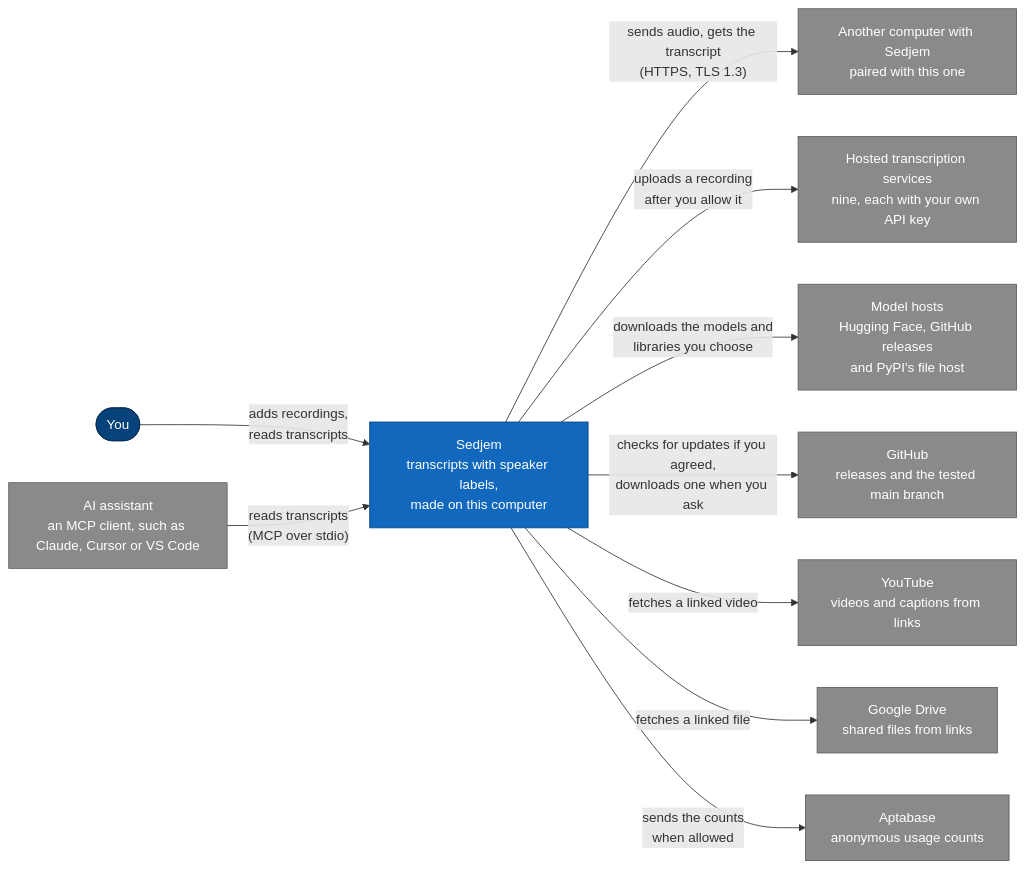
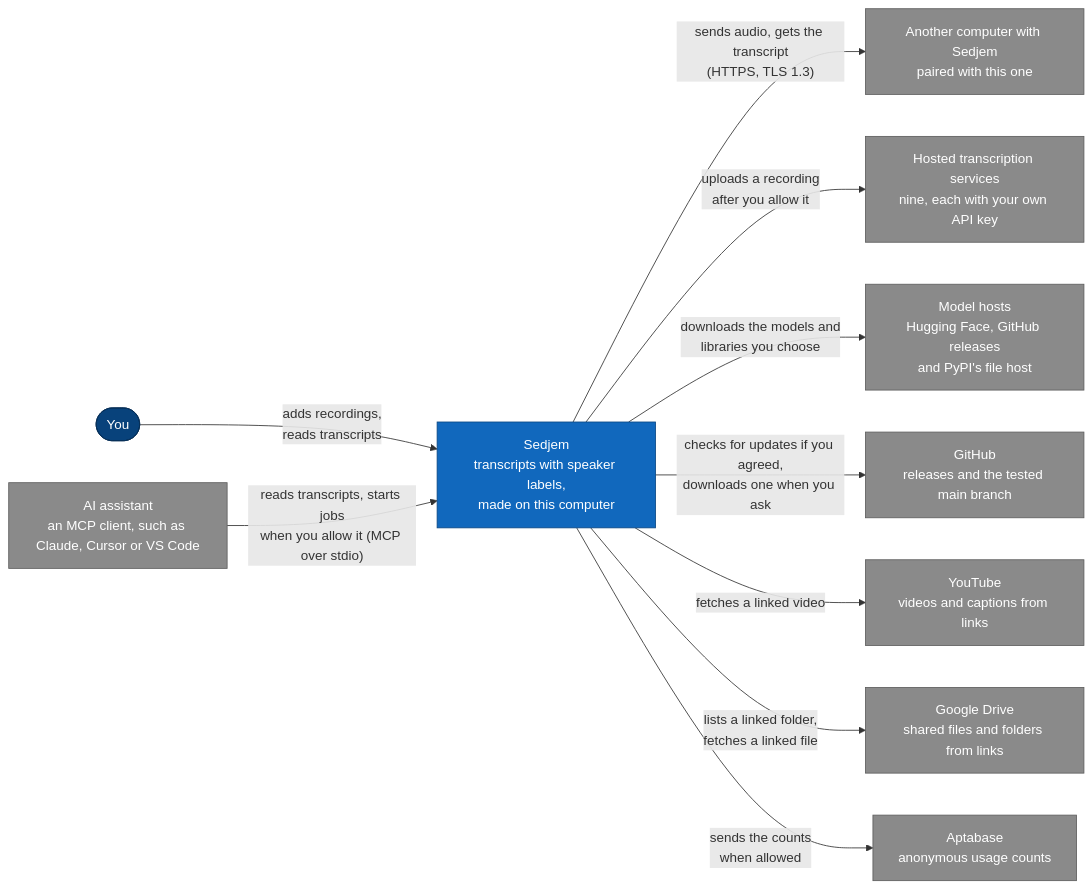
One commit to MohammedEl-sayedAhmed/sedjem changed the first of 3 diagrams in docs/16-architecture.md. Above: the diagram before and after it, drawn with Mermaid. The commit also changed other lines of this file and 44 other files, not shown here.

````diff
--- a/docs/16-architecture.md
+++ b/docs/16-architecture.md
@@ -13,30 +14,30 @@
 ```mermaid
 flowchart LR
   you(["You"])
   assistant["AI assistant<br/>an MCP client, such as Claude, Cursor or VS Code"]
   sedjem["Sedjem<br/>transcripts with speaker labels,<br/>made on this computer"]
   other["Another computer with Sedjem<br/>paired with this one"]
   hosted["Hosted transcription services<br/>nine, each with your own API key"]
   models["Model hosts<br/>Hugging Face, GitHub releases<br/>and PyPI's file host"]
   github["GitHub<br/>releases and the tested main branch"]
   youtube["YouTube<br/>videos and captions from links"]
-  gdrive["Google Drive<br/>shared files from links"]
+  gdrive["Google Drive<br/>shared files and folders from links"]
   aptabase["Aptabase<br/>anonymous usage counts"]
 
   you -->|"adds recordings,<br/>reads transcripts"| sedjem
-  assistant -->|"reads transcripts<br/>(MCP over stdio)"| sedjem
+  assistant -->|"reads transcripts, starts jobs<br/>when you allow it (MCP over stdio)"| sedjem
   sedjem -->|"sends audio, gets the transcript<br/>(HTTPS, TLS 1.3)"| other
   sedjem -->|"uploads a recording<br/>after you allow it"| hosted
   sedjem -->|"downloads the models and<br/>libraries you choose"| models
   sedjem -->|"checks for updates if you agreed,<br/>downloads one when you ask"| github
   sedjem -->|"fetches a linked video"| youtube
-  sedjem -->|"fetches a linked file"| gdrive
+  sedjem -->|"lists a linked folder,<br/>fetches a linked file"| gdrive
   sedjem -->|"sends the counts<br/>when allowed"| aptabase
 
   classDef person fill:#08427b,stroke:#052e56,color:#fff
   classDef system fill:#1168bd,stroke:#0b4884,color:#fff
   classDef external fill:#8a8a8a,stroke:#5e5e5e,color:#fff
   class you person
   class sedjem system
   class assistant,other,hosted,models,github,youtube,gdrive,aptabase external
 ```
````
